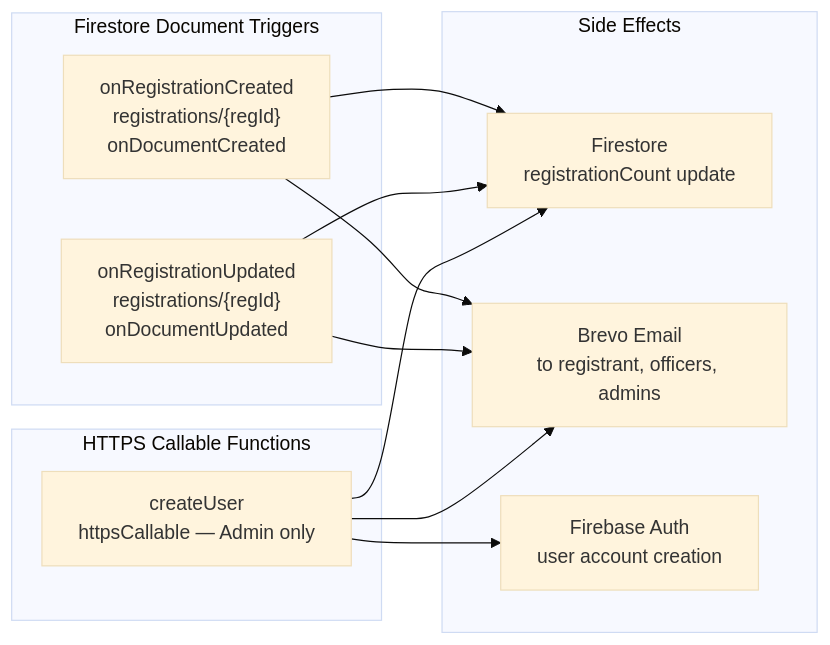
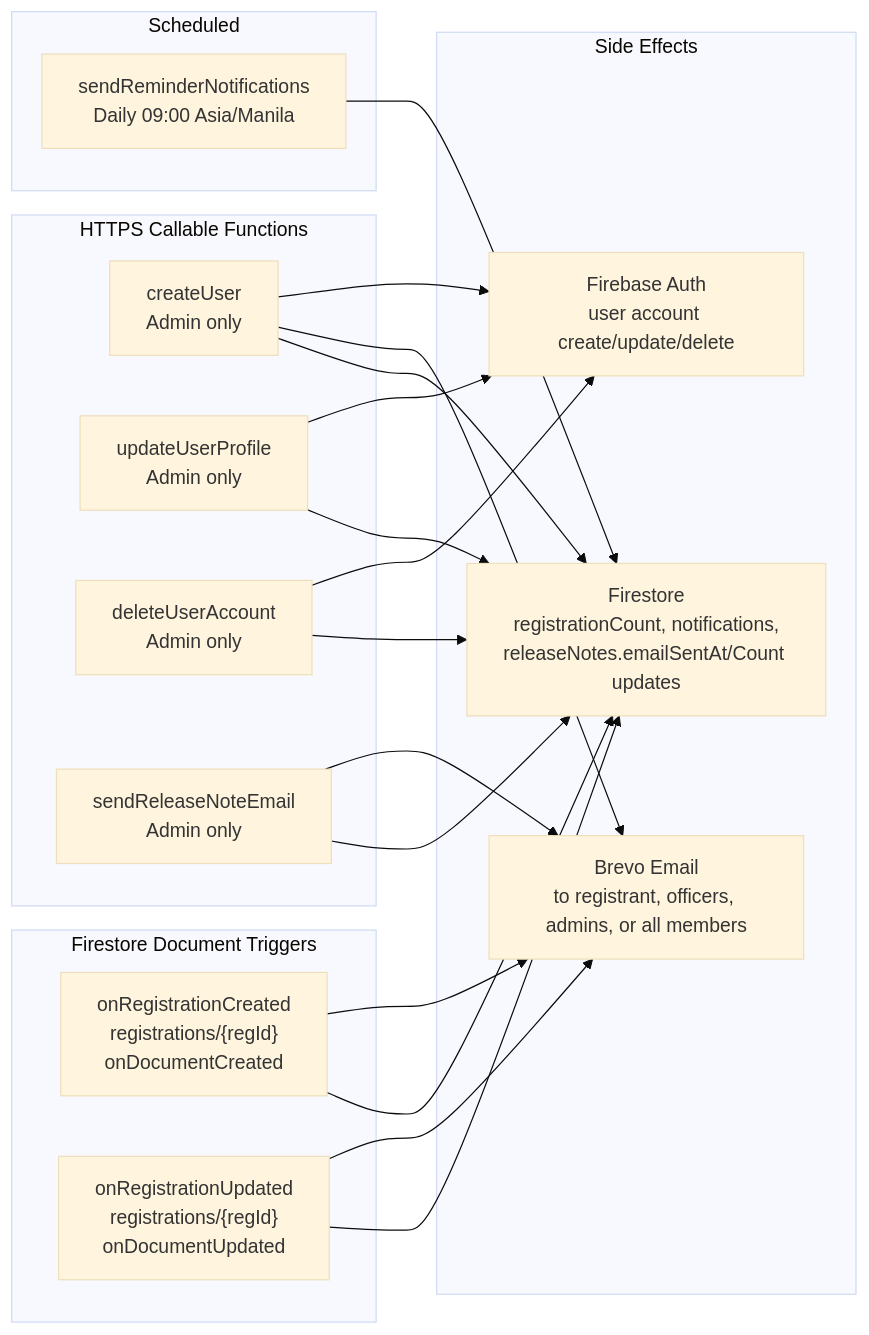
The fourth of 13 diagrams in docs/ARCHITECTURE.md (Oweeboi011/mms-open-climbs), drawn with Mermaid (base theme) before and after one commit. The commit also changed other lines of this file and 9 other files, not shown here.

First line of the commit message:
feat: Implement Release Notes feature with admin publishing and member notifications

````diff
--- a/docs/ARCHITECTURE.md
+++ b/docs/ARCHITECTURE.md
@@ -162,25 +168,39 @@
 ```mermaid
 graph LR
     subgraph Triggers["Firestore Document Triggers"]
         T1["onRegistrationCreated\nregistrations/{regId}\nonDocumentCreated"]
         T2["onRegistrationUpdated\nregistrations/{regId}\nonDocumentUpdated"]
     end
 
+    subgraph Scheduled["Scheduled"]
+        S1["sendReminderNotifications\nDaily 09:00 Asia/Manila"]
+    end
+
     subgraph Callables["HTTPS Callable Functions"]
-        C1["createUser\nhttpsCallable — Admin only"]
+        C1["createUser\nAdmin only"]
+        C2["updateUserProfile\nAdmin only"]
+        C3["deleteUserAccount\nAdmin only"]
+        C4["sendReleaseNoteEmail\nAdmin only"]
     end
 
     subgraph Outputs["Side Effects"]
-        FS["Firestore\nregistrationCount update"]
-        EM["Brevo Email\nto registrant, officers, admins"]
-        AU["Firebase Auth\nuser account creation"]
+        FS["Firestore\nregistrationCount, notifications,\nreleaseNotes.emailSentAt/Count updates"]
+        EM["Brevo Email\nto registrant, officers, admins, or all members"]
+        AU["Firebase Auth\nuser account create/update/delete"]
     end
 
     T1 --> FS
     T1 --> EM
     T2 --> FS
     T2 --> EM
+    S1 --> FS
     C1 --> FS
     C1 --> EM
     C1 --> AU
+    C2 --> FS
+    C2 --> AU
+    C3 --> FS
+    C3 --> AU
+    C4 --> FS
+    C4 --> EM
 ```
````
